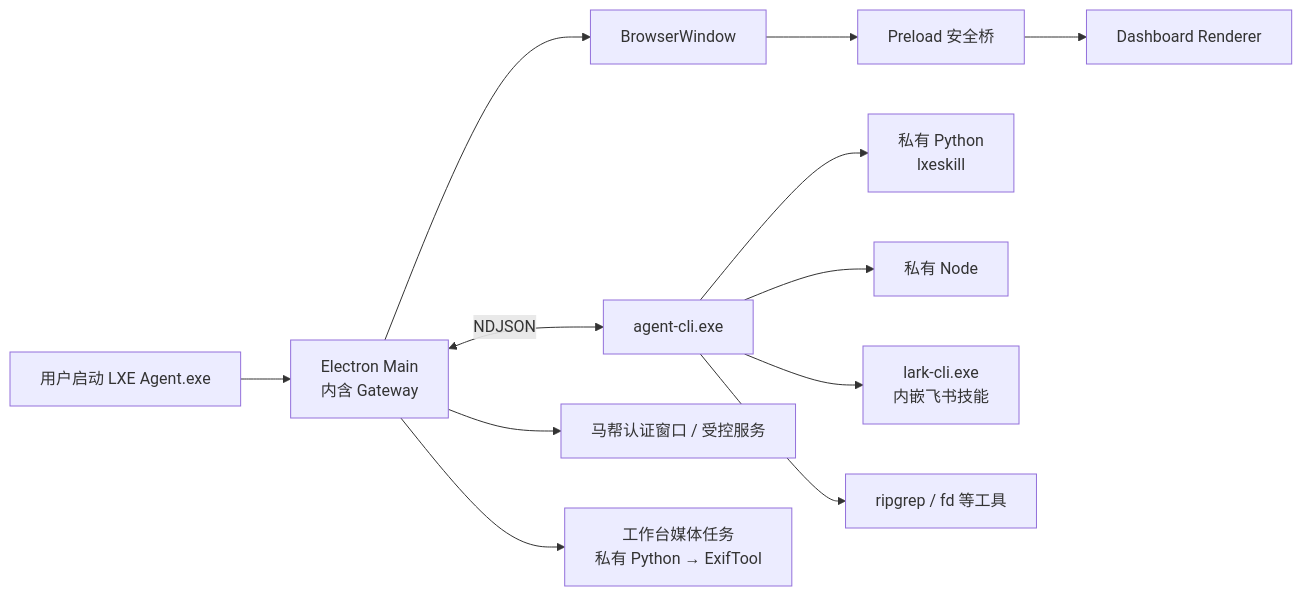
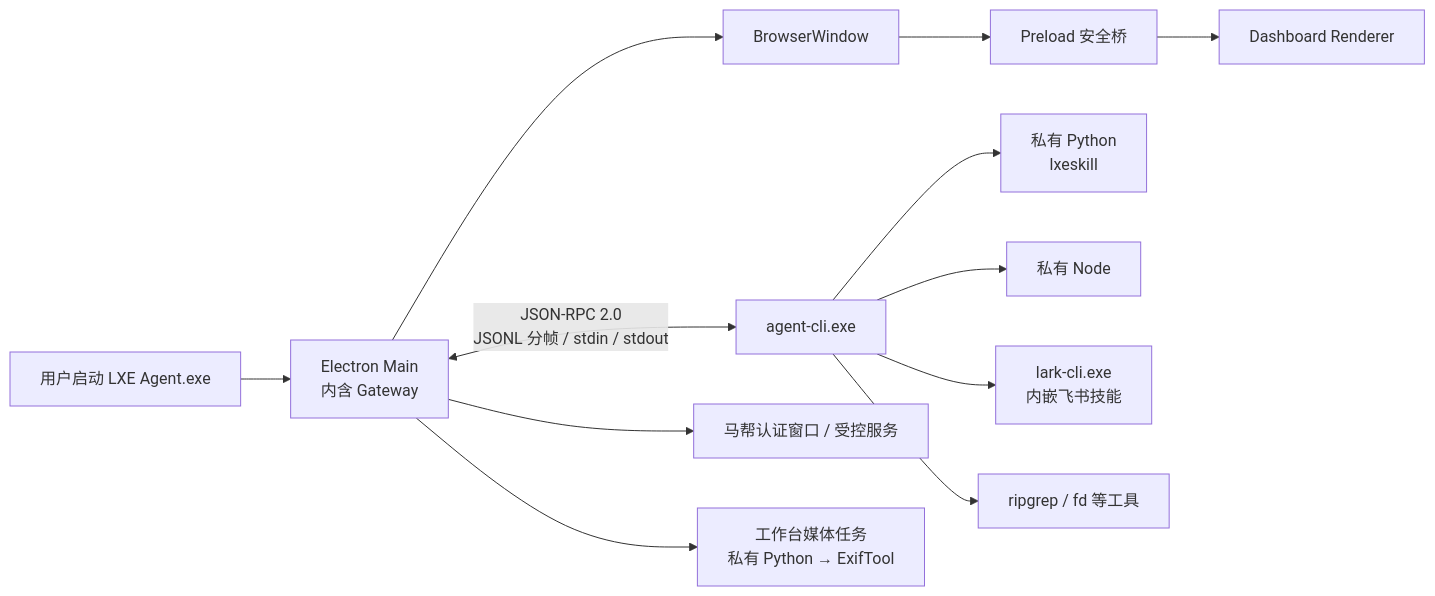
The second of 2 diagrams in docs/desktop/packaging-pipeline.md (Arsenal20262/LXE_AGENT), drawn with Mermaid before and after one commit. The commit also changed other lines of this file and 7 other files, not shown here.

Commit message:
docs: clarify JSON-RPC transport and framing

````diff
--- a/docs/desktop/packaging-pipeline.md
+++ b/docs/desktop/packaging-pipeline.md
@@ -370,14 +370,14 @@
 ```mermaid
 flowchart LR
     USER["用户启动 LXE Agent.exe"] --> MAIN["Electron Main<br/>内含 Gateway"]
     MAIN --> WINDOW["BrowserWindow"]
     WINDOW --> PRELOAD["Preload 安全桥"]
     PRELOAD --> UI["Dashboard Renderer"]
-    MAIN <-->|"NDJSON"| AGENT["agent-cli.exe"]
+    MAIN <-->|"JSON-RPC 2.0<br/>JSONL 分帧 / stdin / stdout"| AGENT["agent-cli.exe"]
     AGENT --> PY["私有 Python<br/>lxeskill"]
     AGENT --> NODE["私有 Node"]
     AGENT --> LARK["lark-cli.exe<br/>内嵌飞书技能"]
     AGENT --> TOOLS["ripgrep / fd 等工具"]
     MAIN --> AUTH["马帮认证窗口 / 受控服务"]
     MAIN --> MEDIA["工作台媒体任务<br/>私有 Python → ExifTool"]
 ```
````
